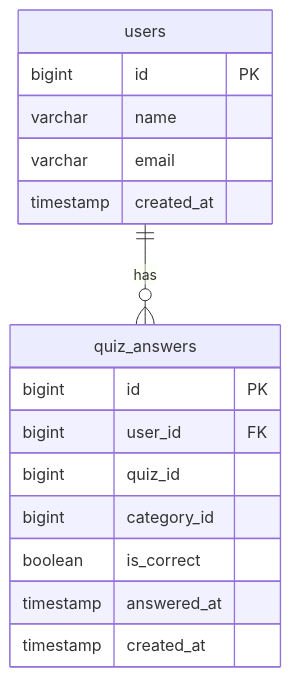
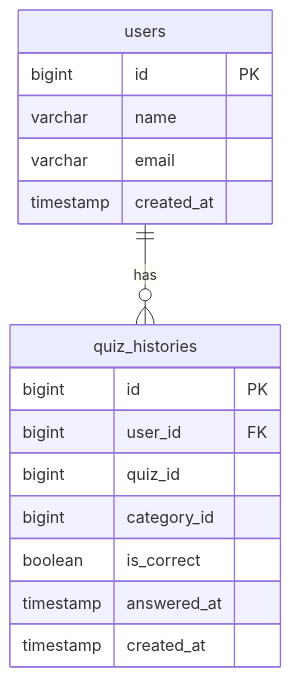
Before and after one commit to idw-coder/next-quiz: the fourth of 4 diagrams in docs/quiz-history-sync-flow.md, drawn with Mermaid. The commit also changed other lines of this file and 4 other files, not shown here.

````diff
--- a/docs/quiz-history-sync-flow.md
+++ b/docs/quiz-history-sync-flow.md
@@ -88,19 +88,19 @@
 ```mermaid
 erDiagram
-    users ||--o{ quiz_answers : has
+    users ||--o{ quiz_histories : has
     users {
         bigint id PK
         varchar name
         varchar email
         timestamp created_at
     }
-    quiz_answers {
+    quiz_histories {
         bigint id PK
         bigint user_id FK
         bigint quiz_id
         bigint category_id
         boolean is_correct
         timestamp answered_at
         timestamp created_at
     }
 ```
````
